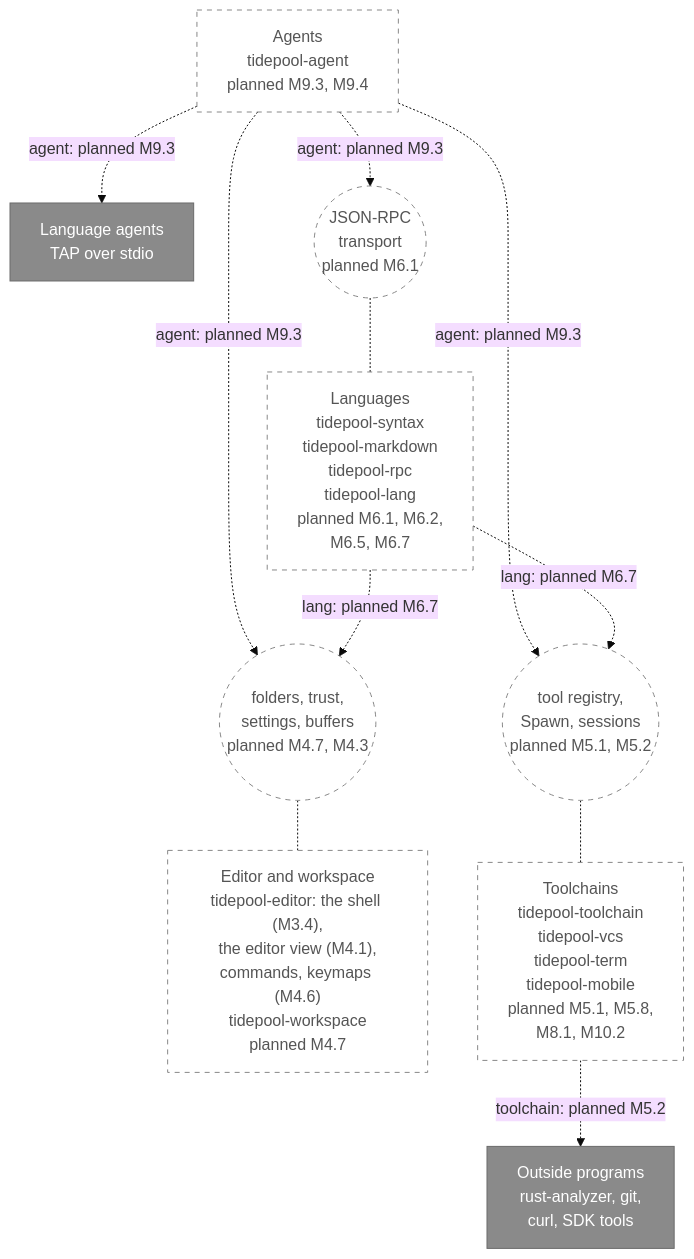
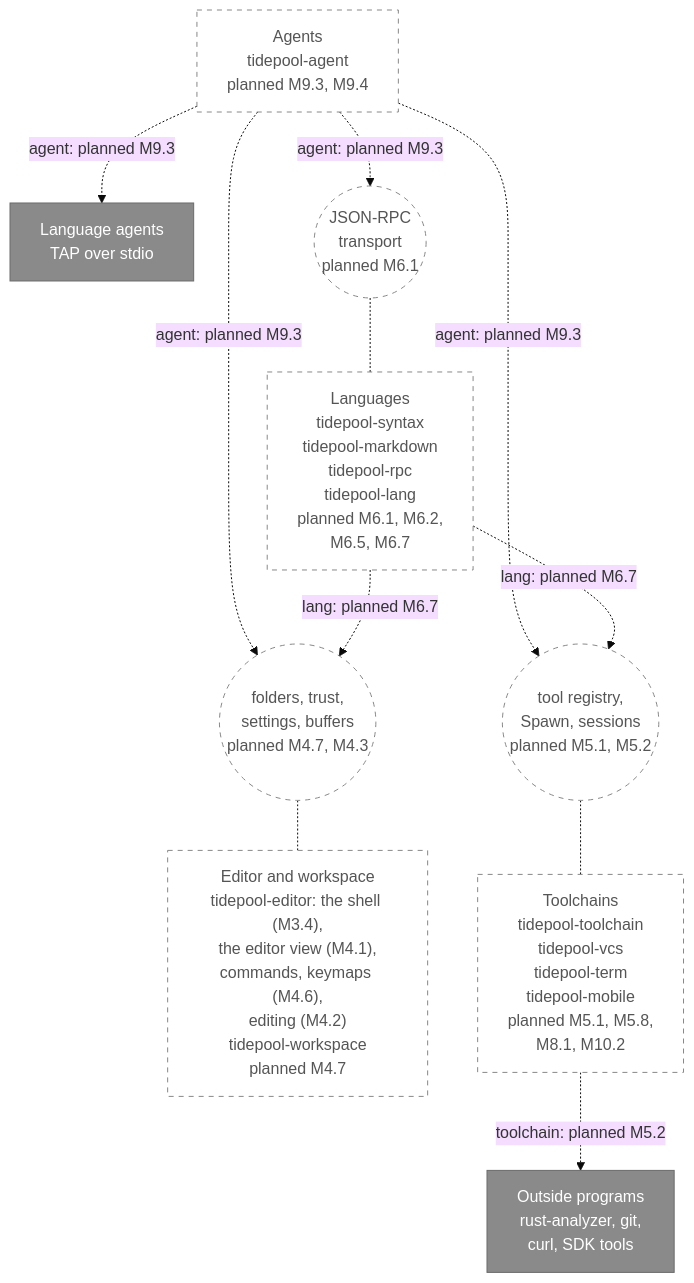
The second of 21 diagrams in diagrams/component-diagrams.md (jabbott-iii/Tidepool), drawn with Mermaid (base theme) before and after one commit. The commit also changed other lines of this file and 38 other files, not shown here.

First line of the commit message:
feat(editor,text): editing commands, multi-cursor, undo and clipboard (M4.2)

````diff
--- a/diagrams/component-diagrams.md
+++ b/diagrams/component-diagrams.md
@@ -133,29 +133,29 @@
 ```mermaid
 flowchart TB
     c_agents["Agents<br/>tidepool-agent<br/>planned M9.3, M9.4"]
     e_agents["Language agents<br/>TAP over stdio"]
     i_rpc(("JSON-RPC<br/>transport<br/>planned M6.1"))
     c_lang["Languages<br/>tidepool-syntax<br/>tidepool-markdown<br/>tidepool-rpc<br/>tidepool-lang<br/>planned M6.1, M6.2,<br/>M6.5, M6.7"]
     i_ws(("folders, trust,<br/>settings, buffers<br/>planned M4.7, M4.3"))
     i_tools(("tool registry,<br/>Spawn, sessions<br/>planned M5.1, M5.2"))
-    c_editor["Editor and workspace<br/>tidepool-editor: the shell (M3.4),<br/>the editor view (M4.1),<br/>commands, keymaps (M4.6)<br/>tidepool-workspace<br/>planned M4.7"]
+    c_editor["Editor and workspace<br/>tidepool-editor: the shell (M3.4),<br/>the editor view (M4.1),<br/>commands, keymaps (M4.6),<br/>editing (M4.2)<br/>tidepool-workspace<br/>planned M4.7"]
     c_tools["Toolchains<br/>tidepool-toolchain<br/>tidepool-vcs<br/>tidepool-term<br/>tidepool-mobile<br/>planned M5.1, M5.8,<br/>M8.1, M10.2"]
     e_progs["Outside programs<br/>rust-analyzer, git,<br/>curl, SDK tools"]
 
     c_agents -.->|"agent: planned M9.3"| e_agents
     c_agents -.->|"agent: planned M9.3"| i_rpc
     c_agents -.->|"agent: planned M9.3"| i_ws
     c_agents -.->|"agent: planned M9.3"| i_tools
     i_rpc -.- c_lang
     c_lang -.->|"lang: planned M6.7"| i_ws
     c_lang -.->|"lang: planned M6.7"| i_tools
     i_ws -.- c_editor
     i_tools -.- c_tools
     c_tools -.->|"toolchain: planned M5.2"| e_progs
 
     classDef external fill:#8a8a8a,stroke:#6b6b6b,color:#ffffff
     classDef planned fill:#ffffff,stroke:#888888,stroke-dasharray: 5 5,color:#555555
     class c_agents,c_lang,c_editor,c_tools planned
     class i_rpc,i_ws,i_tools planned
     class e_agents,e_progs external
 ```
````
